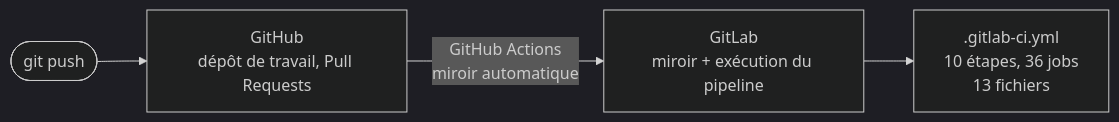
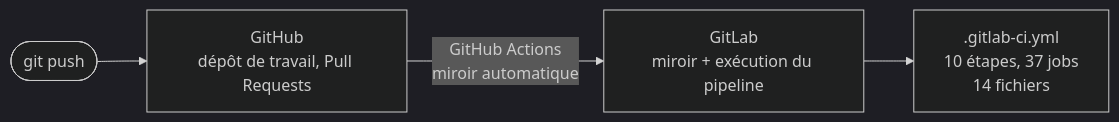
Before and after one commit to TedPasquiet/G-rez-le-cycle-de-vie-de-d-veloppement-logiciel: the fifth of 8 diagrams in ARCHITECTURE.md, drawn with Mermaid (dark theme). The commit also changed other lines of this file and 8 other files, not shown here.

````diff
--- a/ARCHITECTURE.md
+++ b/ARCHITECTURE.md
@@ -192,6 +200,6 @@
 ```mermaid
 flowchart LR
     dev([git push]) --> gh[GitHub<br/>dépôt de travail, Pull Requests]
     gh -->|GitHub Actions<br/>miroir automatique| gl[GitLab<br/>miroir + exécution du pipeline]
-    gl --> ci[".gitlab-ci.yml<br/>10 étapes, 36 jobs<br/>13 fichiers"]
+    gl --> ci[".gitlab-ci.yml<br/>10 étapes, 37 jobs<br/>14 fichiers"]
 ```
````
